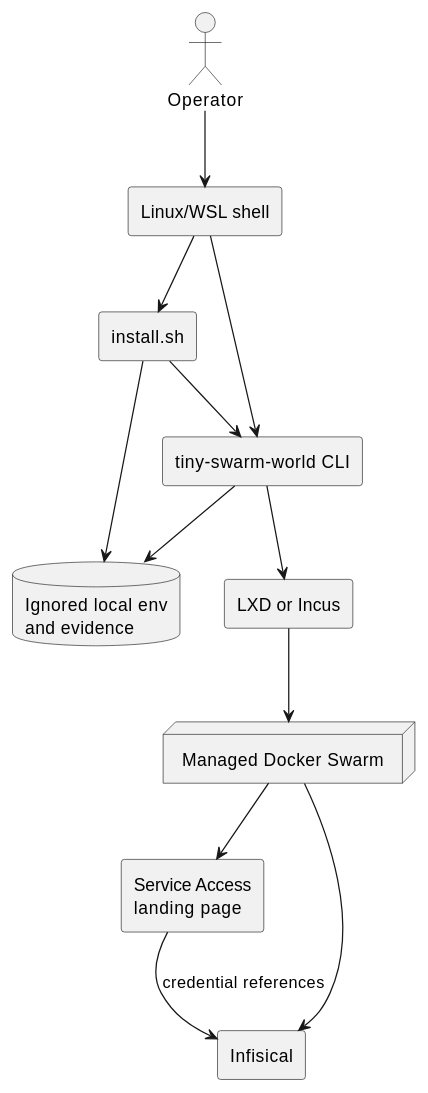
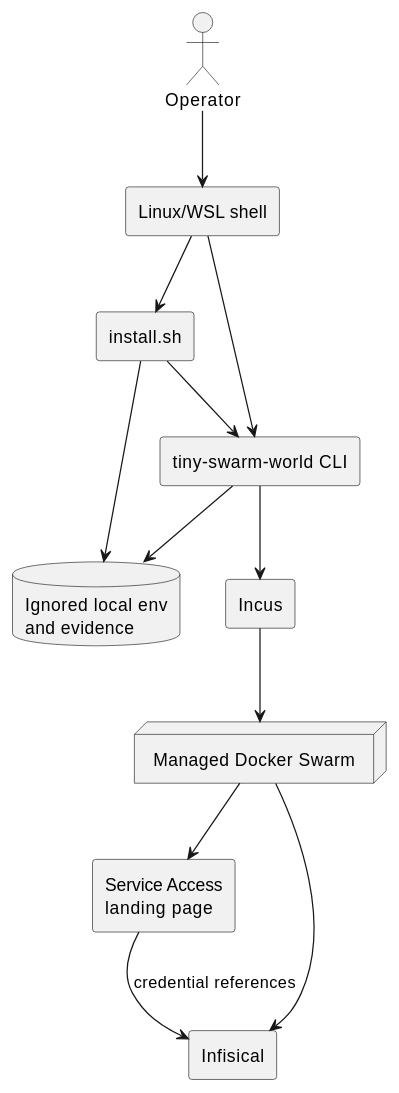
Before and after one commit to MatthiasBurger-Coder/Tiny-Swarm-World: the diagram in documentation/user-handbook.adoc, drawn with PlantUML. The commit also changed other lines of this file and 132 other files, not shown here.

```diff
--- a/documentation/user-handbook.adoc
+++ b/documentation/user-handbook.adoc
@@ -22,29 +22,29 @@
 [plantuml,user-handbook-operator-map,svg]
 ----
 @startuml
 skinparam componentStyle rectangle
 skinparam shadowing false
 
 actor Operator
 component "Linux/WSL shell" as Shell
 component "install.sh" as Installer
 component "tiny-swarm-world CLI" as CLI
-component "LXD or Incus" as Provider
+component "Incus" as Provider
 node "Managed Docker Swarm" as Swarm
 component "Service Access\nlanding page" as Access
 component "Infisical" as Infisical
 database "Ignored local env\nand evidence" as Local
 
 Operator --> Shell
 Shell --> Installer
 Shell --> CLI
 Installer --> CLI
 CLI --> Provider
 Provider --> Swarm
 Swarm --> Access
 Swarm --> Infisical
 Installer --> Local
 CLI --> Local
 Access --> Infisical : credential references
 @enduml
 ----
```
